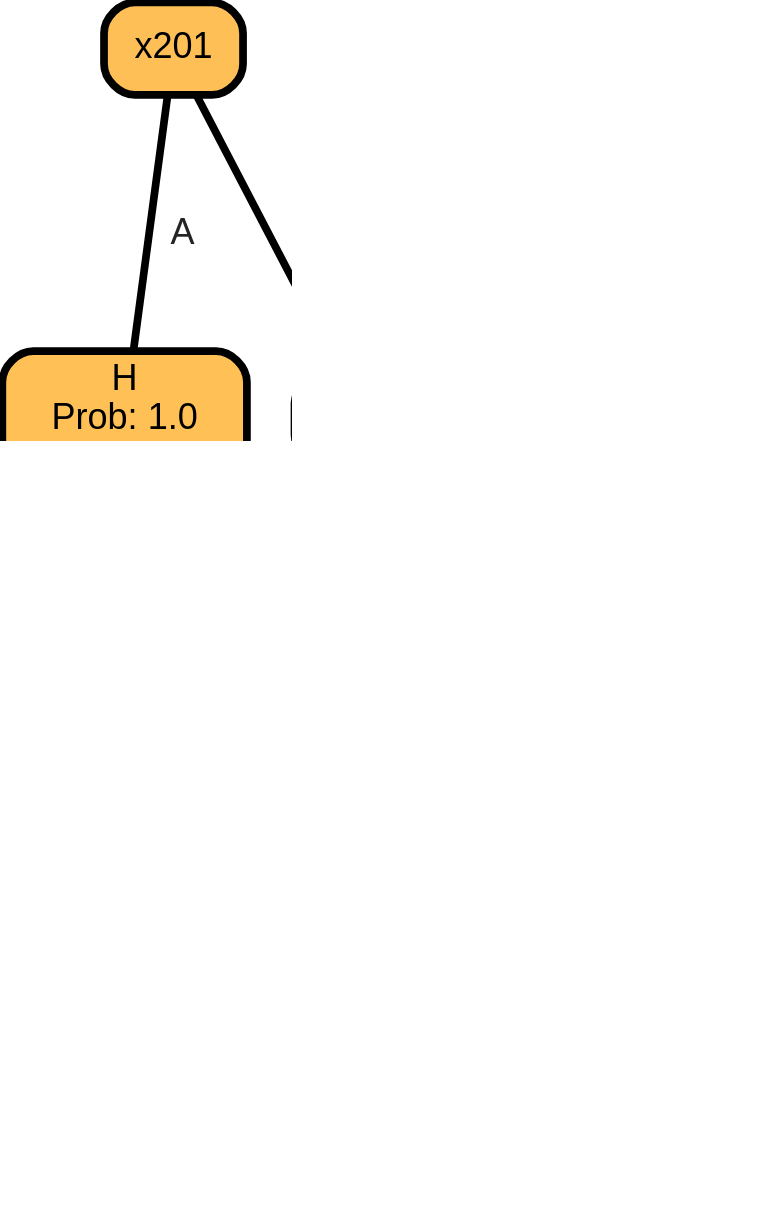
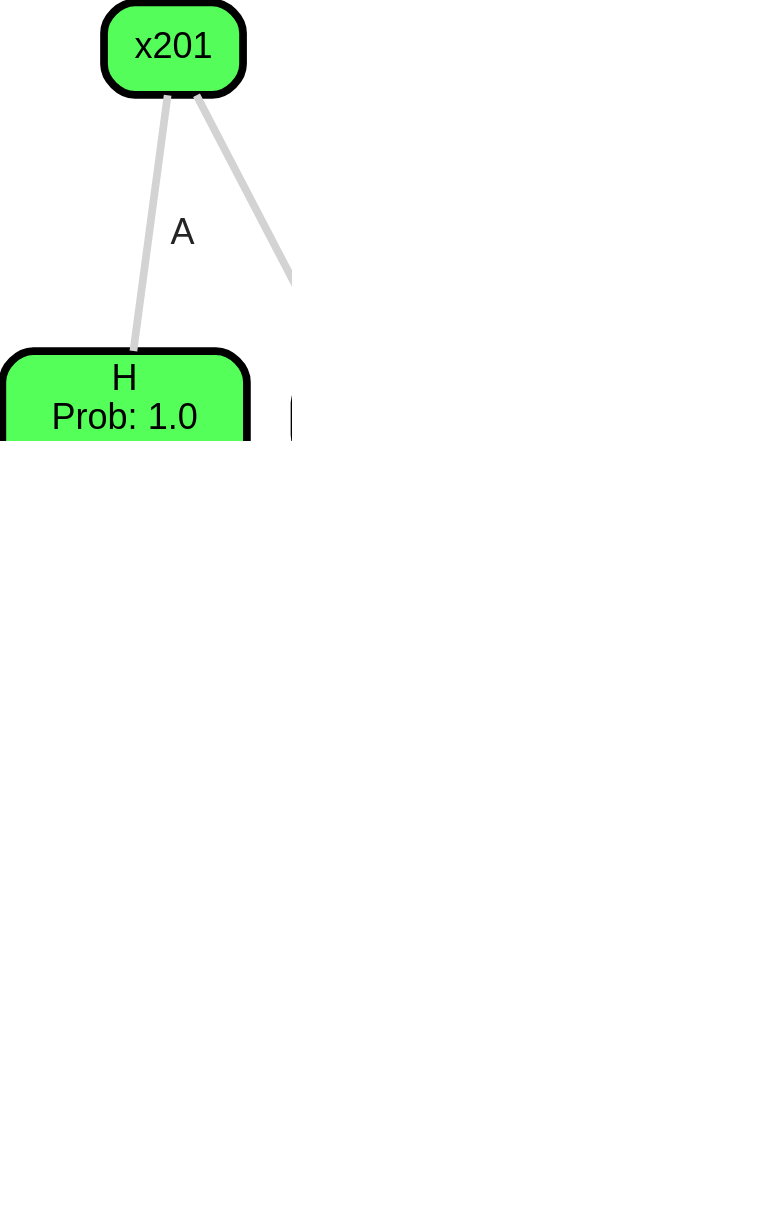
One commit to zeroknowledgediscovery/emergenet changed the diagram in qnet_predictions/qnet_models/trees/289.dot. Above: the diagram before and after it, drawn with Graphviz. The commit also changed 1724 other files, not shown here.

```diff
--- a/qnet_predictions/qnet_models/trees/289.dot
+++ b/qnet_predictions/qnet_models/trees/289.dot
@@ -1,26 +1,26 @@
 graph Tree {
 node [shape=box, style="filled, rounded",color="black",penwidth="3",fontcolor="black",                 fontname=helvetica] ;
 graph [ranksep="0 equally", splines=straight,                 bgcolor=transparent, dpi=200] ;
-edge [fontname=helvetica, fontweight=bold,fontcolor=grey14,color=black] ;
+edge [fontname=helvetica, fontweight=bold,fontcolor=grey14,color=lightgray] ;
 0 [label="H
 Prob: 1.0
-Frac: 0.008", fillcolor="#ffc155"] ;
-1 [label="x201", fillcolor="#fec056"] ;
+Frac: 0.008", fillcolor="#55ff5a"] ;
+1 [label="x201", fillcolor="#55fd5a"] ;
 2 [label="H
 Prob: 1.0
-Frac: 0.029", fillcolor="#ffc155"] ;
-3 [label="x201", fillcolor="#fec056"] ;
+Frac: 0.029", fillcolor="#55ff5a"] ;
+3 [label="x201", fillcolor="#55fd5a"] ;
 4 [label="H
 Prob: 1.0
-Frac: 0.954", fillcolor="#ffc155"] ;
-5 [label="x14", fillcolor="#fdc056"] ;
+Frac: 0.954", fillcolor="#55ff5a"] ;
+5 [label="x14", fillcolor="#55fd5a"] ;
 6 [label="Q
 Prob: 0.5
-Frac: 0.008", fillcolor="#8baae0"] ;
+Frac: 0.008", fillcolor="#b755b0"] ;
 1 -- 0 [label=" A",penwidth=3] ;
 1 -- 3 [label=" D\n E\n I\n S\n T",penwidth=3] ;
 3 -- 2 [label=" D",penwidth=3] ;
 3 -- 5 [label=" E\n I\n S\n T",penwidth=3] ;
 5 -- 4 [label=" A",penwidth=3] ;
 5 -- 6 [label=" L\n T",penwidth=3] ;
 {rank = same;}}
```
